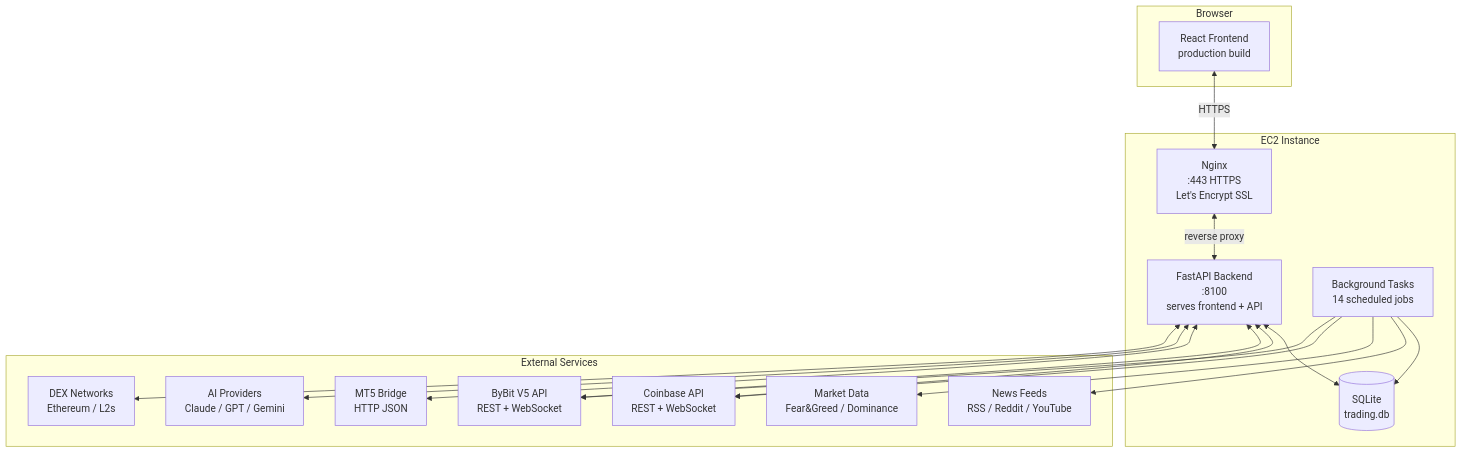
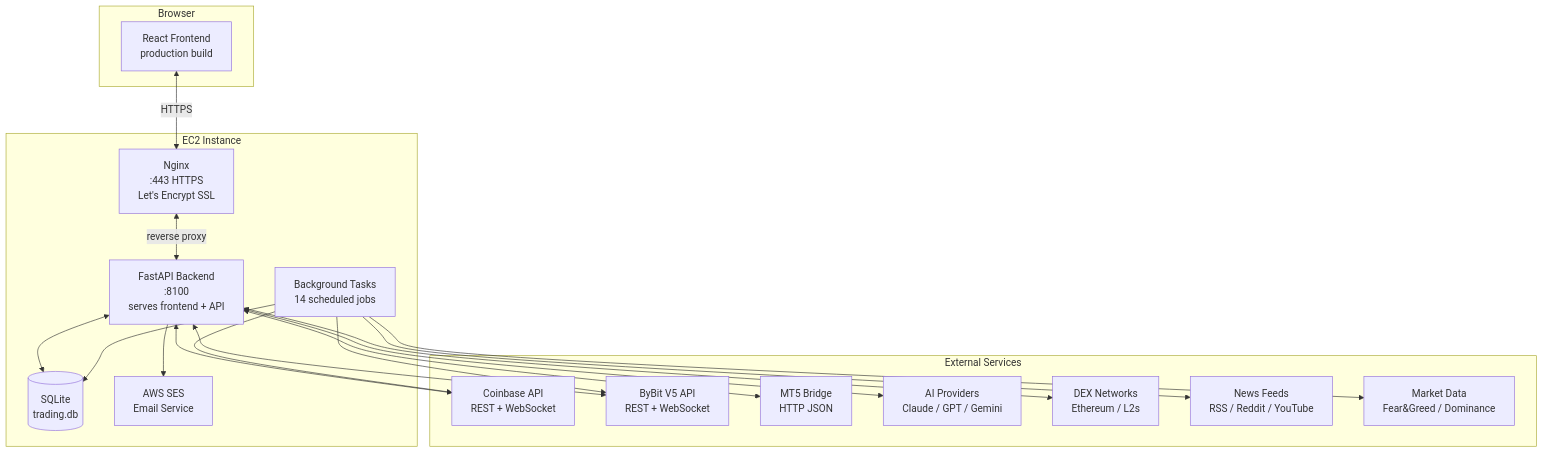
One commit to lromero74/ZenithGrid changed the first of 5 diagrams in docs/ARCHITECTURE.md. Above: the diagram before and after it, drawn with Mermaid. The commit also changed other lines of this file and 3 other files, not shown here.

Commit message:
v2.26.1: Architecture documentation overhaul — sync docs with actual codebase

````diff
--- a/docs/ARCHITECTURE.md
+++ b/docs/ARCHITECTURE.md
@@ -29,37 +31,39 @@
 ```mermaid
 graph TB
     subgraph Browser
         FE[React Frontend<br/>production build]
     end
 
     subgraph "EC2 Instance"
         NGX[Nginx<br/>:443 HTTPS<br/>Let's Encrypt SSL]
         BE[FastAPI Backend<br/>:8100<br/>serves frontend + API]
         DB[(SQLite<br/>trading.db)]
         BG[Background Tasks<br/>14 scheduled jobs]
+        SES[AWS SES<br/>Email Service]
     end
 
     subgraph "External Services"
         CB[Coinbase API<br/>REST + WebSocket]
         BB[ByBit V5 API<br/>REST + WebSocket]
         MT5[MT5 Bridge<br/>HTTP JSON]
         AI[AI Providers<br/>Claude / GPT / Gemini]
         DEX[DEX Networks<br/>Ethereum / L2s]
         NEWS[News Feeds<br/>RSS / Reddit / YouTube]
         MKT[Market Data<br/>Fear&Greed / Dominance]
     end
 
     FE <-->|HTTPS| NGX
     NGX <-->|reverse proxy| BE
     BE <--> DB
     BG --> DB
     BE <--> CB
     BE <--> BB
     BE <--> MT5
     BE <--> AI
     BE <--> DEX
     BG --> NEWS
     BG --> MKT
     BG --> CB
     BG --> BB
+    BE --> SES
 ```
````
